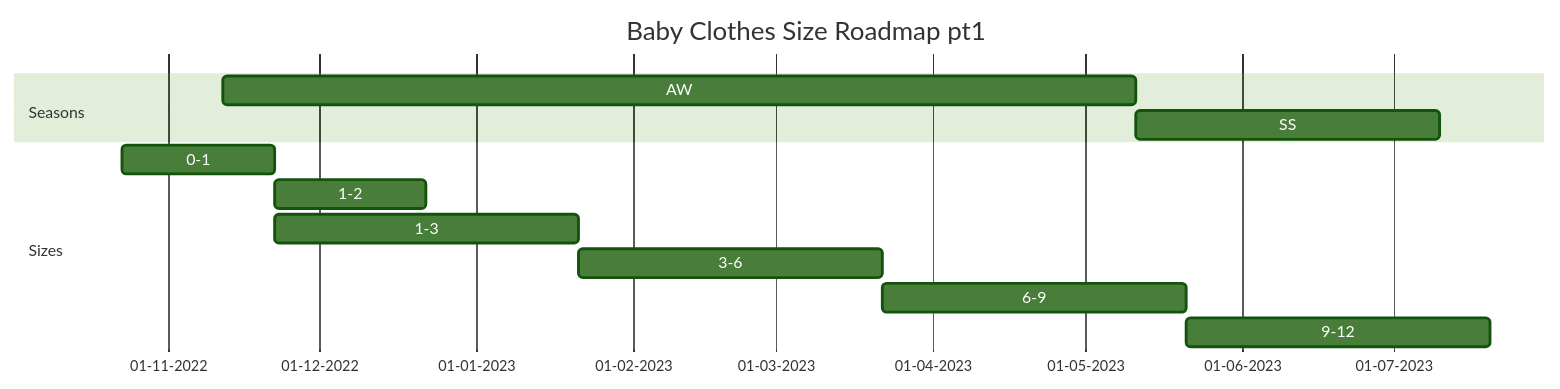
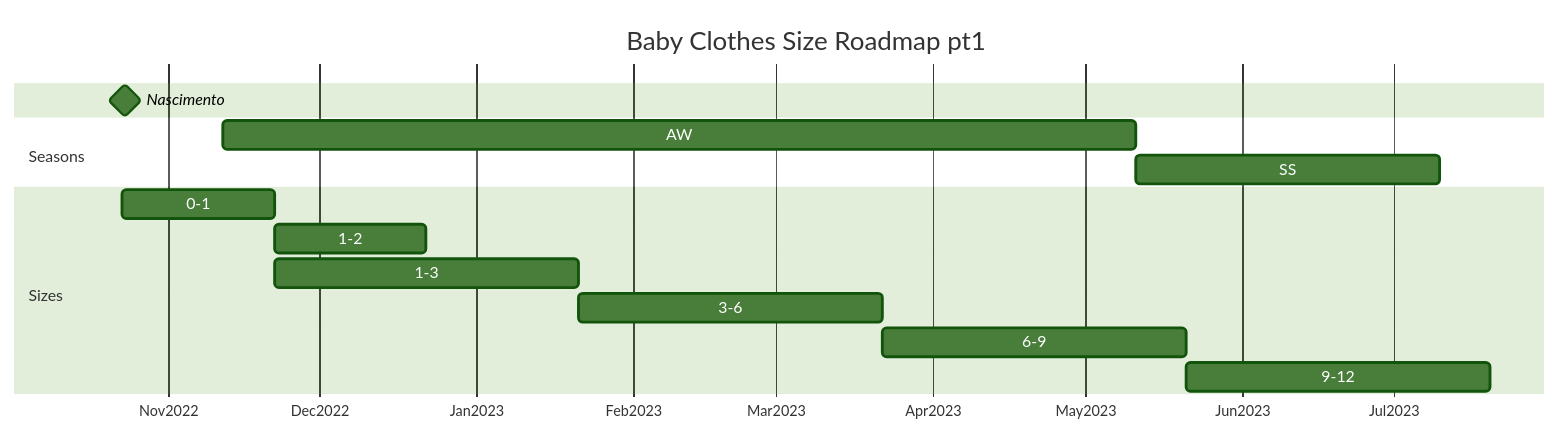
One commit to jnunoferreira/babythings changed the second of 3 diagrams in docs/babyclothes.md. Above: the diagram before and after it, drawn with Mermaid (forest theme). The commit also changed other lines of this file, not shown here.

Commit message:
maybe now

````diff
--- a/docs/babyclothes.md
+++ b/docs/babyclothes.md
@@ -28,19 +28,20 @@
 ```mermaid
 gantt
     title Baby Clothes Size Roadmap pt1
     todayMarker off
     dateFormat  DD-MM-YYYY
-    axisFormat  %d-%m-%Y
+    axisFormat  %b%Y
+    Nascimento : milestone, m1, 23-10-2022, 1d
     section Seasons
     AW           :inv1, 12-11-2022, 180d
     SS           :prim1, after inv1  , 60d
     section Sizes
     0-1           :a2, 23-10-2022, 30d
     1-2           :after a2 , 30d
     1-3           :a3, after a2 , 60d
     3-6           :a4, after a3, 60d
     6-9           :a5, after a4, 60d
     9-12           :a6, after a5, 60d
 
     
 ```
````
